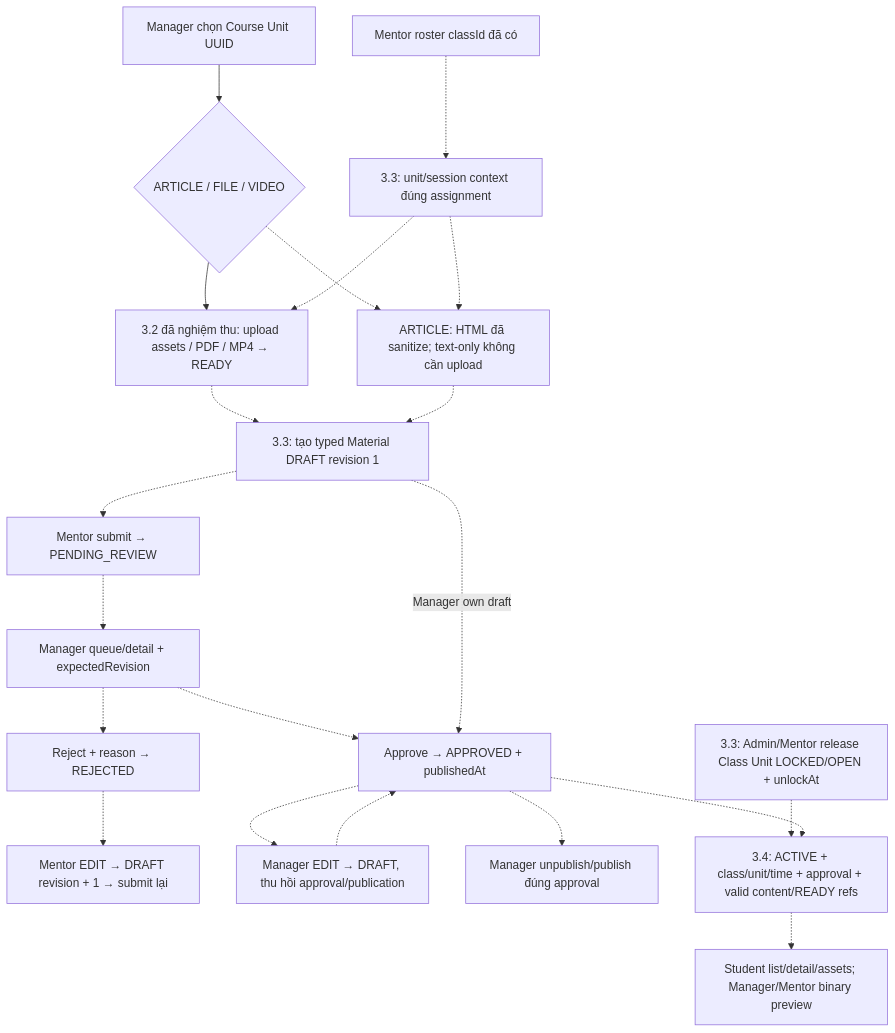
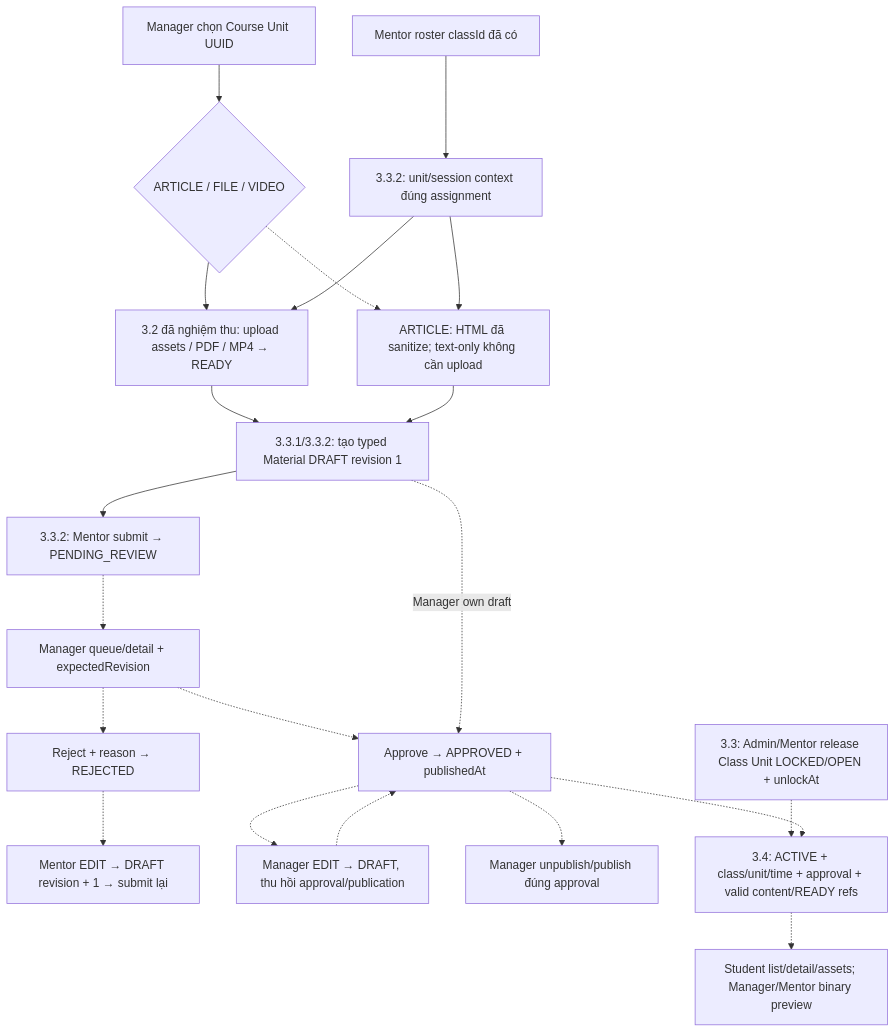
One commit to nhathuyck1/Mindy-BE changed the diagram in docs/api_flow/PHASE_3_3_FLOW.md. Above: the diagram before and after it, drawn with Mermaid. The commit also changed other lines of this file and 22 other files, not shown here.

First line of the commit message:
feat(materials): add Mentor material submission flow (Phase 3.3.2)

````diff
--- a/docs/api_flow/PHASE_3_3_FLOW.md
+++ b/docs/api_flow/PHASE_3_3_FLOW.md
@@ -39,23 +39,23 @@
 ```mermaid
 flowchart TD
-  C["Mentor roster classId đã có"] -.-> U["3.3: unit/session context đúng assignment"]
+  C["Mentor roster classId đã có"] --> U["3.3.2: unit/session context đúng assignment"]
   M["Manager chọn Course Unit UUID"] --> K{"ARTICLE / FILE / VIDEO"}
   K -.-> H["ARTICLE: HTML đã sanitize; text-only không cần upload"]
   K --> UP["3.2 đã nghiệm thu: upload assets / PDF / MP4 → READY"]
-  U -.-> H
-  U -.-> UP
-  UP -.-> D["3.3: tạo typed Material DRAFT revision 1"]
-  H -.-> D
-  D -.-> S["Mentor submit → PENDING_REVIEW"]
+  U --> H
+  U --> UP
+  UP --> D["3.3.1/3.3.2: tạo typed Material DRAFT revision 1"]
+  H --> D
+  D --> S["3.3.2: Mentor submit → PENDING_REVIEW"]
   S -.-> Q["Manager queue/detail + expectedRevision"]
   Q -.-> A["Approve → APPROVED + publishedAt"]
   Q -.-> R["Reject + reason → REJECTED"]
   R -.-> E["Mentor EDIT → DRAFT revision + 1 → submit lại"]
   D -.->|"Manager own draft"| A
   A -.-> ME["Manager EDIT → DRAFT, thu hồi approval/publication"]
   ME -.-> A
   A -.-> P["Manager unpublish/publish đúng approval"]
   REL["3.3: Admin/Mentor release Class Unit LOCKED/OPEN + unlockAt"] -.-> G
   A -.-> G["3.4: ACTIVE + class/unit/time + approval + valid content/READY refs"]
   G -.-> READ["Student list/detail/assets; Manager/Mentor binary preview"]
 ```
````
